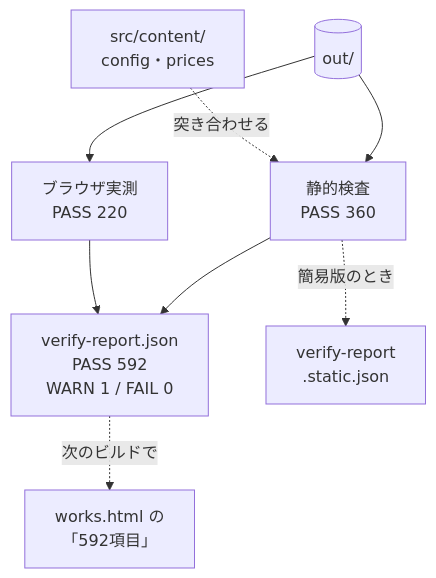
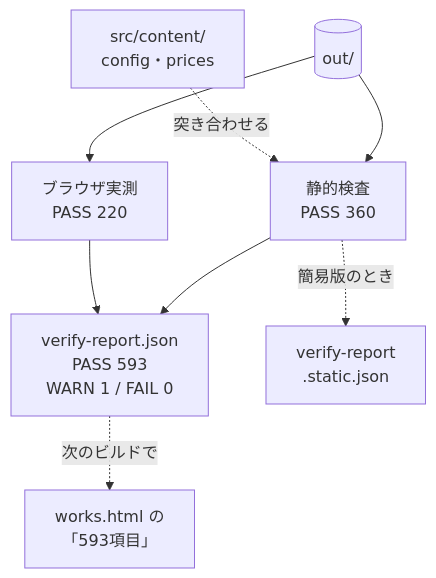
The third of 4 diagrams in site/README.md (bright-broom/tsumugi), drawn with Mermaid before and after one commit. The commit also changed other lines of this file and 14 other files, not shown here.

Commit message:
Redesign homepage content while retaining diagrams and adding visual navigation

````diff
--- a/site/README.md
+++ b/site/README.md
@@ -59,10 +59,10 @@
 ```mermaid
 flowchart TD
   out[("out/")] --> st["静的検査<br/>PASS 360"]
   out --> br["ブラウザ実測<br/>PASS 220"]
   content["src/content/<br/>config・prices"] -.->|突き合わせる| st
-  st --> full["verify-report.json<br/>PASS 592<br/>WARN 1 / FAIL 0"]
+  st --> full["verify-report.json<br/>PASS 593<br/>WARN 1 / FAIL 0"]
   br --> full
   st -.->|簡易版のとき| static["verify-report<br/>.static.json"]
-  full -.->|次のビルドで| works["works.html の<br/>「592項目」"]
+  full -.->|次のビルドで| works["works.html の<br/>「593項目」"]
 ```
````
